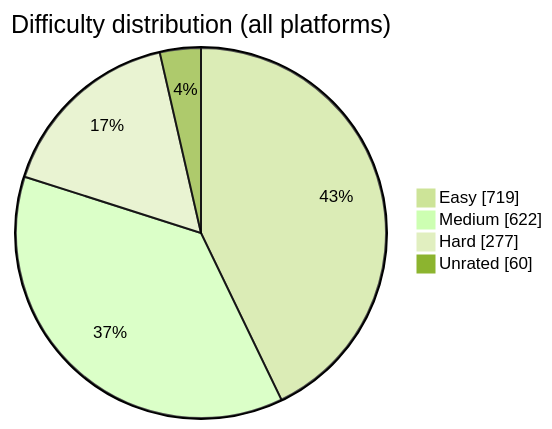
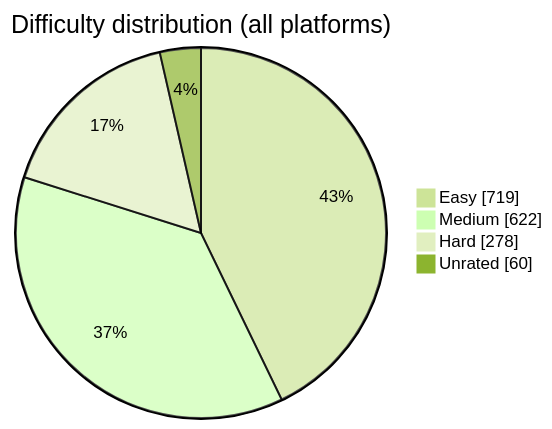
One commit to BuildbyArindam/Daily-Coding-Log changed the diagram in README.md. Above: the diagram before and after it, drawn with Mermaid (forest theme). The commit also changed other lines of this file, not shown here.

````diff
--- a/README.md
+++ b/README.md
@@ -93,7 +93,7 @@
 ```mermaid
 pie showData title Difficulty distribution (all platforms)
     "Easy" : 719
     "Medium" : 622
-    "Hard" : 277
+    "Hard" : 278
     "Unrated" : 60
 ```
````
